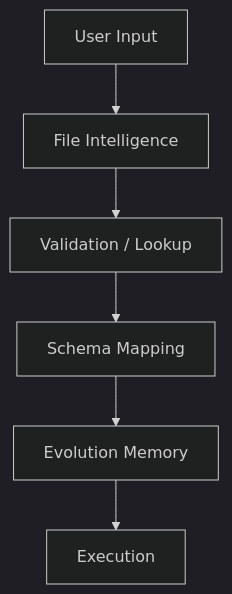
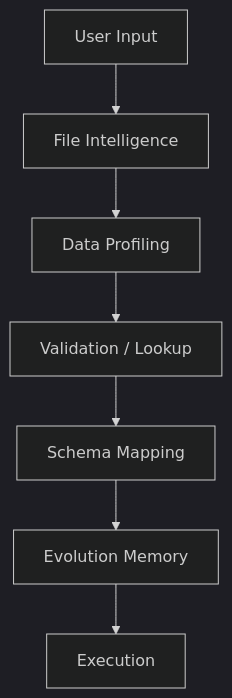
Before and after one commit to alldevitone-maker/Genaja: the diagram in docs/ARCHITECTURE.md, drawn with Mermaid (dark theme). The commit also changed other lines of this file and 2 other files, not shown here.

Commit message:
feat: v0.6.5 Profiling Engine & Data Intelligence. v0.6.2 Cleanup.

````diff
--- a/docs/ARCHITECTURE.md
+++ b/docs/ARCHITECTURE.md
@@ -5,8 +5,9 @@
 ```mermaid
 graph TD
     UI[User Input] --> FI[File Intelligence]
-    FI --> V[Validation / Lookup]
+    FI --> DP[Data Profiling]
+    DP --> V[Validation / Lookup]
     V --> SM[Schema Mapping]
     SM --> EM[Evolution Memory]
     EM --> EX[Execution]
 ```
````
